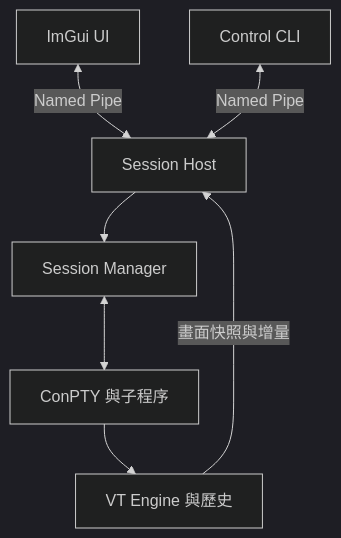
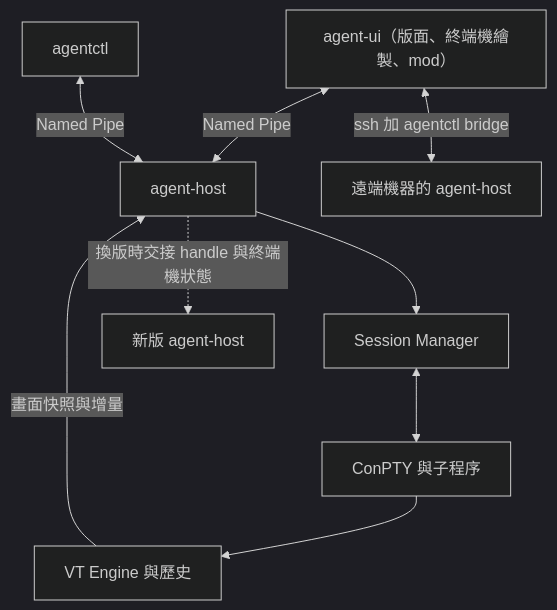
Before and after one commit to EddyKuo/AgentDesk: the first of 2 diagrams in docs/design/AgentDesk_Design.md, drawn with Mermaid (dark theme). The commit also changed other lines of this file and 7 other files, not shown here.

````diff
--- a/docs/design/AgentDesk_Design.md
+++ b/docs/design/AgentDesk_Design.md
@@ -140,9 +148,11 @@
 ```mermaid
 flowchart TD
-    UI["ImGui UI"] <-->|"Named Pipe"| Host["Session Host"]
-    CLI["Control CLI"] <-->|"Named Pipe"| Host
+    UI["agent-ui（版面、終端機繪製、mod）"] <-->|"Named Pipe"| Host["agent-host"]
+    CLI["agentctl"] <-->|"Named Pipe"| Host
+    UI <-->|"ssh 加 agentctl bridge"| Remote["遠端機器的 agent-host"]
     Host --> Sessions["Session Manager"]
     Sessions <--> PTY["ConPTY 與子程序"]
     PTY --> Engine["VT Engine 與歷史"]
     Engine -->|"畫面快照與增量"| Host
+    Host -.->|"換版時交接 handle 與終端機狀態"| NewHost["新版 agent-host"]
 ```
````
